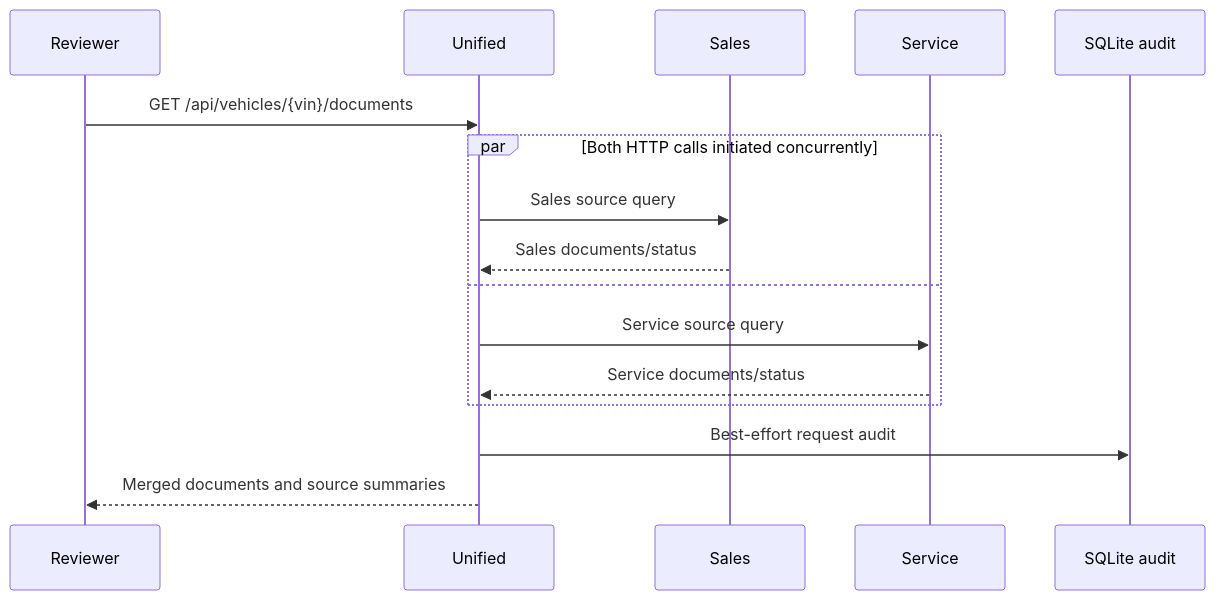
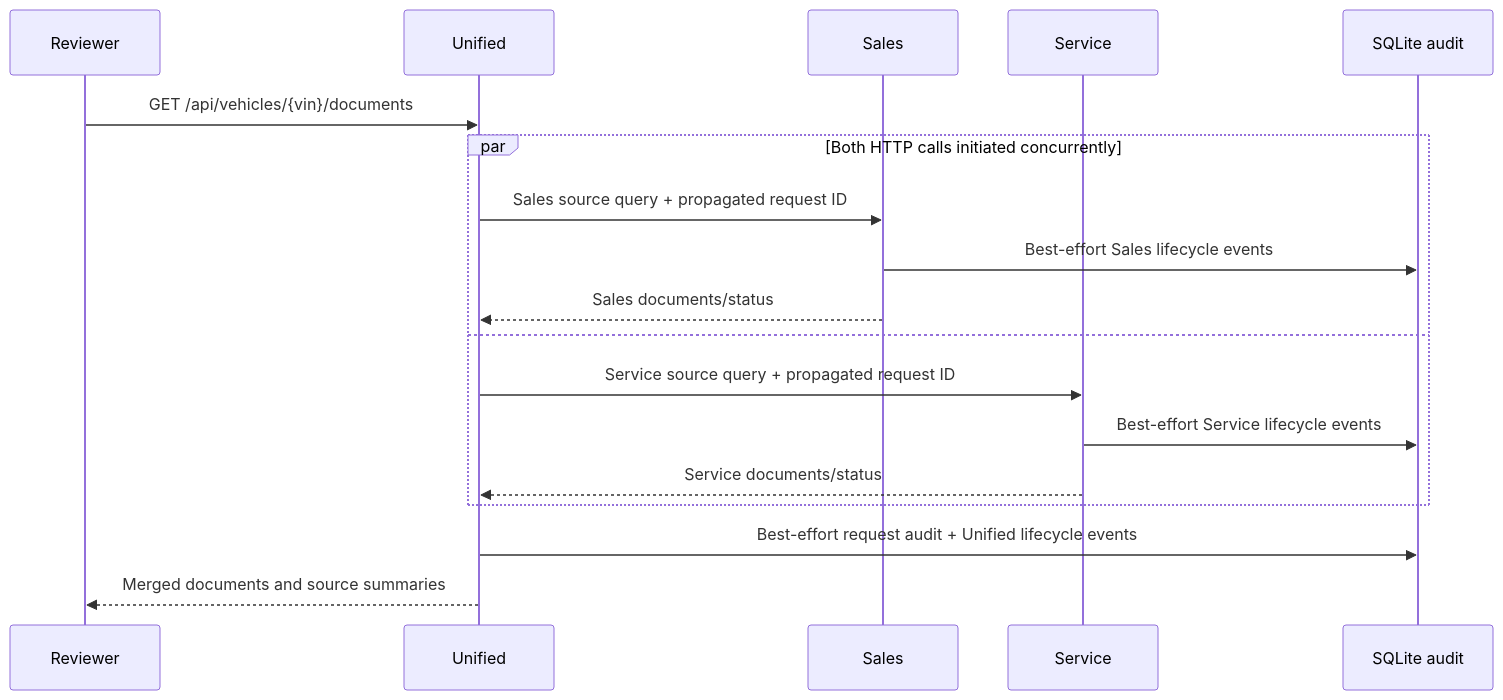
The second of 2 diagrams in docs/SYSTEM-DESIGN.md (dangkhoa2016/Keyloop-Scenario-D-Unified-Document-Viewer), drawn with Mermaid before and after one commit. The commit also changed other lines of this file and 4 other files, not shown here.

````diff
--- a/docs/SYSTEM-DESIGN.md
+++ b/docs/SYSTEM-DESIGN.md
@@ -29,18 +35,20 @@
 ```mermaid
 sequenceDiagram
   participant R as Reviewer
   participant U as Unified
   participant S as Sales
   participant V as Service
   participant A as SQLite audit
   R->>U: GET /api/vehicles/{vin}/documents
   par Both HTTP calls initiated concurrently
-    U->>S: Sales source query
+    U->>S: Sales source query + propagated request ID
+    S->>A: Best-effort Sales lifecycle events
     S-->>U: Sales documents/status
   and
-    U->>V: Service source query
+    U->>V: Service source query + propagated request ID
+    V->>A: Best-effort Service lifecycle events
     V-->>U: Service documents/status
   end
-  U->>A: Best-effort request audit
+  U->>A: Best-effort request audit + Unified lifecycle events
   U-->>R: Merged documents and source summaries
 ```
````
